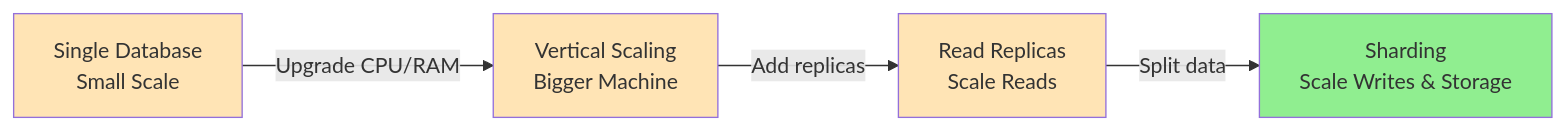
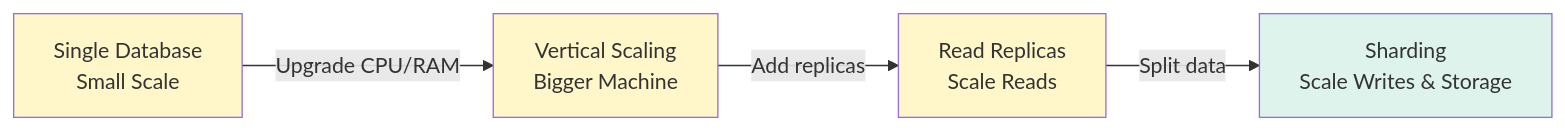
One commit to cartmancodes/InterviewVault changed the second of 46 diagrams in LLD/CoreConcepts/Sharding.md. Above: the diagram before and after it, drawn with Mermaid. The commit also changed other lines of this file and 679 other files, not shown here.

Commit message:
Unify content diagrams and add accessible visual walkthroughs

````diff
--- a/LLD/CoreConcepts/Sharding.md
+++ b/LLD/CoreConcepts/Sharding.md
@@ -44,16 +44,16 @@
 ```mermaid
 graph LR
     SINGLE[Single Database<br/>Small Scale]
     VERTICAL[Vertical Scaling<br/>Bigger Machine]
     REPLICAS[Read Replicas<br/>Scale Reads]
     SHARD[Sharding<br/>Scale Writes & Storage]
     
     SINGLE -->|Upgrade CPU/RAM| VERTICAL
     VERTICAL -->|Add replicas| REPLICAS
     REPLICAS -->|Split data| SHARD
     
-    style SINGLE fill:#FFE4B5
-    style VERTICAL fill:#FFE4B5
-    style REPLICAS fill:#FFE4B5
-    style SHARD fill:#90EE90
+    style SINGLE fill:#FFF6C9
+    style VERTICAL fill:#FFF6C9
+    style REPLICAS fill:#FFF6C9
+    style SHARD fill:#DDF3EC
 ```
````
